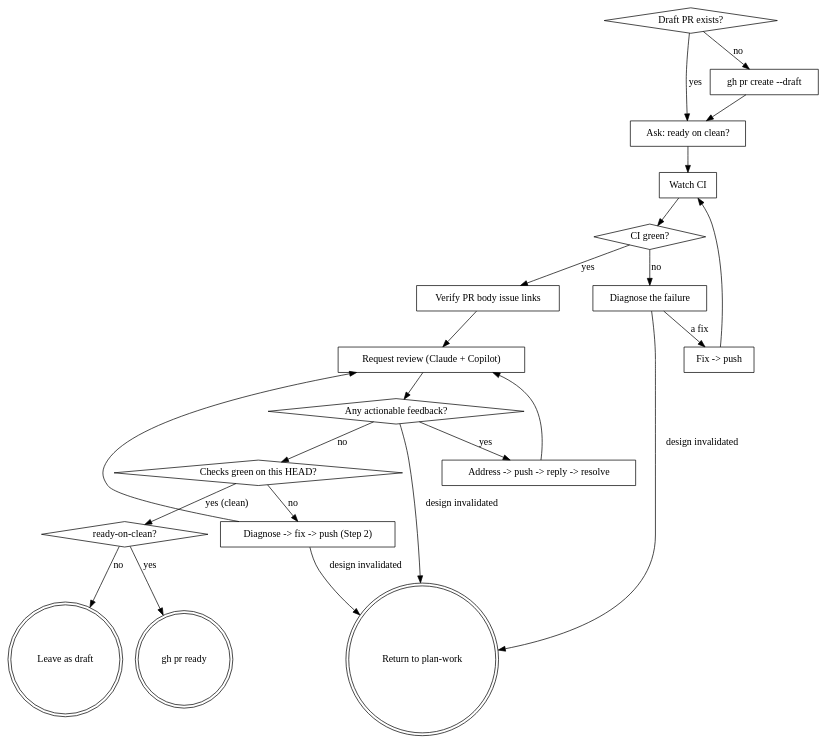
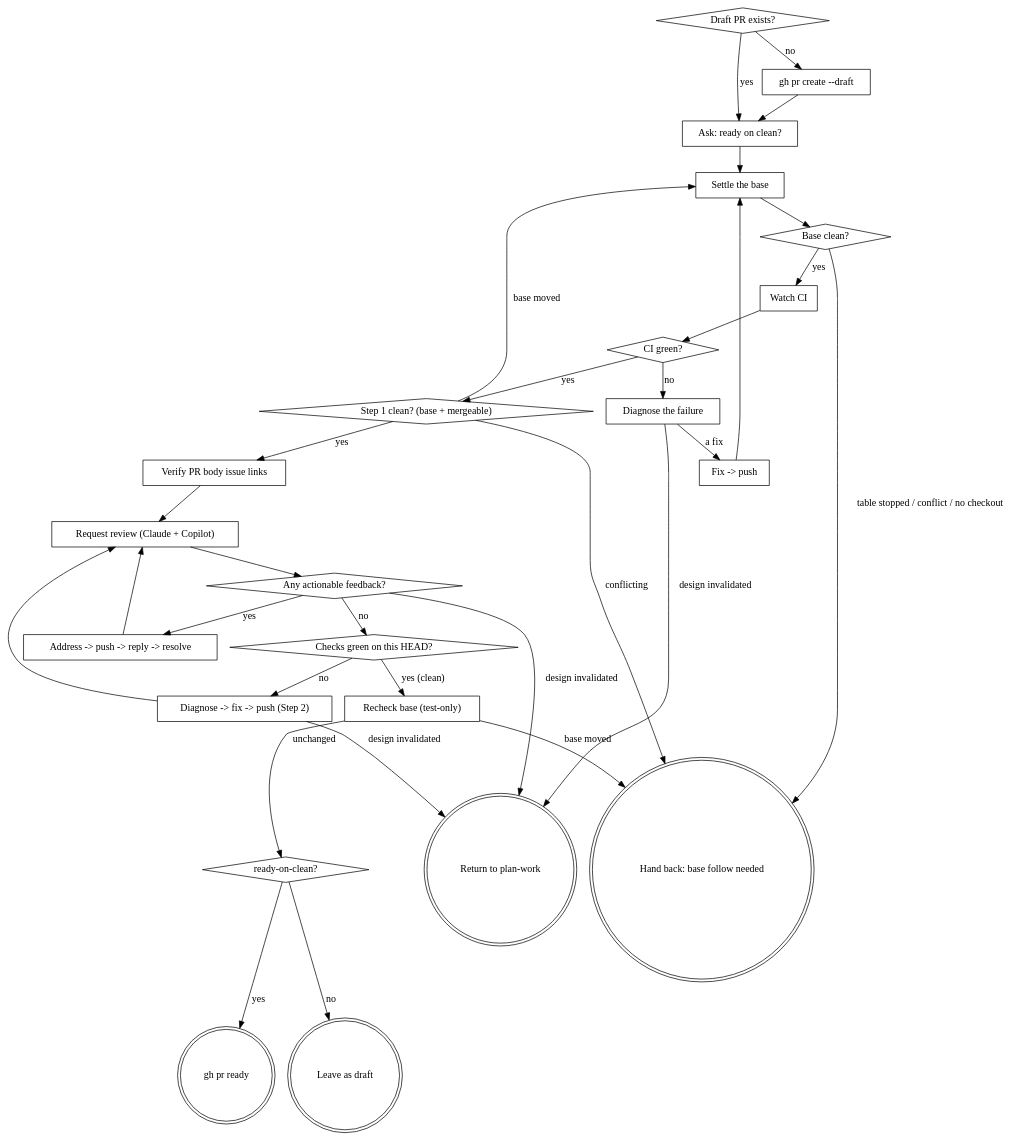
Before and after one commit to yowcow/dotfiles: the diagram in ai/skills/pr-to-ready/SKILL.md, drawn with Graphviz. The commit also changed other lines of this file and 1 other file, not shown here.

First line of the commit message:
pr-to-ready にベース確定と衝突ゲートを入れる

````diff
--- a/ai/skills/pr-to-ready/SKILL.md
+++ b/ai/skills/pr-to-ready/SKILL.md
@@ -111,44 +124,57 @@
 ```dot
 digraph pr_to_ready {
   "Draft PR exists?" [shape=diamond];
   "gh pr create --draft" [shape=box];
   "Ask: ready on clean?" [shape=box];
+  "Settle the base" [shape=box];
+  "Base clean?" [shape=diamond];
   "Watch CI" [shape=box];
   "CI green?" [shape=diamond];
+  "Step 1 clean? (base + mergeable)" [shape=diamond];
   "Diagnose the failure" [shape=box];
   "Fix -> push" [shape=box];
   "Verify PR body issue links" [shape=box];
   "Request review (Claude + Copilot)" [shape=box];
   "Any actionable feedback?" [shape=diamond];
   "Address -> push -> reply -> resolve" [shape=box];
   "Checks green on this HEAD?" [shape=diamond];
   "Diagnose -> fix -> push (Step 2)" [shape=box];
+  "Recheck base (test-only)" [shape=box];
   "ready-on-clean?" [shape=diamond];
   "gh pr ready" [shape=doublecircle];
   "Leave as draft" [shape=doublecircle];
+  "Hand back: base follow needed" [shape=doublecircle];
   "Return to plan-work" [shape=doublecircle];
 
   "Draft PR exists?" -> "gh pr create --draft" [label="no"];
   "gh pr create --draft" -> "Ask: ready on clean?";
   "Draft PR exists?" -> "Ask: ready on clean?" [label="yes"];
-  "Ask: ready on clean?" -> "Watch CI";
+  "Ask: ready on clean?" -> "Settle the base";
+  "Settle the base" -> "Base clean?";
+  "Base clean?" -> "Watch CI" [label="yes"];
+  "Base clean?" -> "Hand back: base follow needed" [label="table stopped / conflict / no checkout"];
   "Watch CI" -> "CI green?";
   "CI green?" -> "Diagnose the failure" [label="no"];
   "Diagnose the failure" -> "Fix -> push" [label="a fix"];
-  "Fix -> push" -> "Watch CI";
-  "CI green?" -> "Verify PR body issue links" [label="yes"];
+  "Fix -> push" -> "Settle the base";
+  "CI green?" -> "Step 1 clean? (base + mergeable)" [label="yes"];
+  "Step 1 clean? (base + mergeable)" -> "Verify PR body issue links" [label="yes"];
+  "Step 1 clean? (base + mergeable)" -> "Settle the base" [label="base moved"];
+  "Step 1 clean? (base + mergeable)" -> "Hand back: base follow needed" [label="conflicting"];
   "Verify PR body issue links" -> "Request review (Claude + Copilot)";
   "Request review (Claude + Copilot)" -> "Any actionable feedback?";
   "Any actionable feedback?" -> "Address -> push -> reply -> resolve" [label="yes"];
   "Address -> push -> reply -> resolve" -> "Request review (Claude + Copilot)";
   "Any actionable feedback?" -> "Checks green on this HEAD?" [label="no"];
-  "Checks green on this HEAD?" -> "ready-on-clean?" [label="yes (clean)"];
+  "Checks green on this HEAD?" -> "Recheck base (test-only)" [label="yes (clean)"];
   "Checks green on this HEAD?" -> "Diagnose -> fix -> push (Step 2)" [label="no"];
+  "Recheck base (test-only)" -> "ready-on-clean?" [label="unchanged"];
+  "Recheck base (test-only)" -> "Hand back: base follow needed" [label="base moved"];
   "Diagnose -> fix -> push (Step 2)" -> "Request review (Claude + Copilot)";
   "Diagnose -> fix -> push (Step 2)" -> "Return to plan-work" [label="design invalidated"];
   "Any actionable feedback?" -> "Return to plan-work" [label="design invalidated"];
   "Diagnose the failure" -> "Return to plan-work" [label="design invalidated"];
   "ready-on-clean?" -> "gh pr ready" [label="yes"];
   "ready-on-clean?" -> "Leave as draft" [label="no"];
 }
 ```
````
